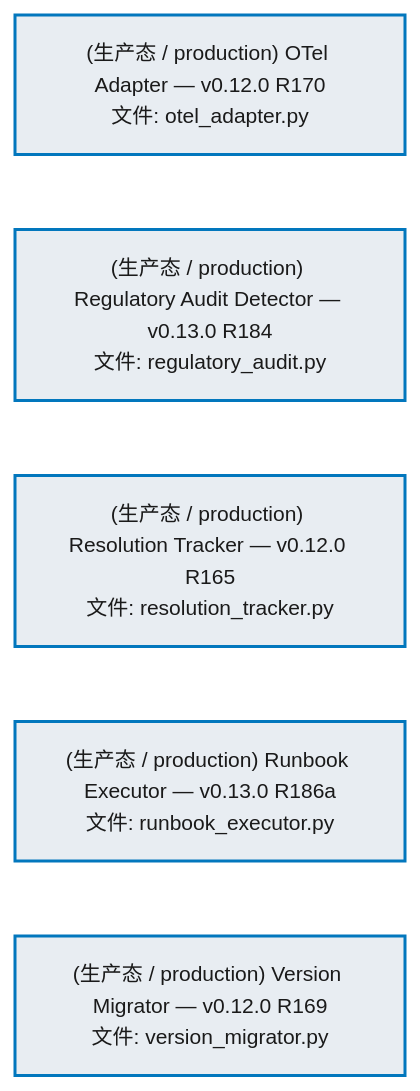
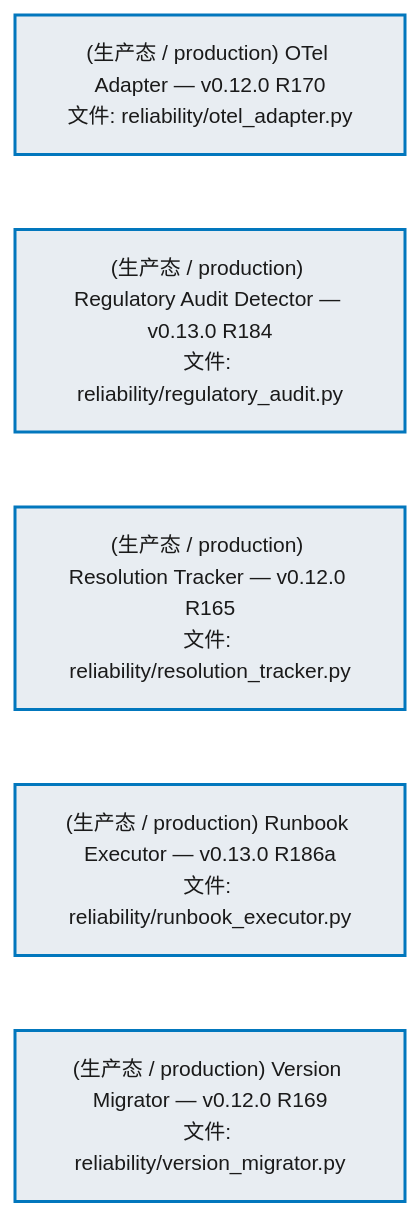
The third of 5 diagrams in docs/02_enterprise_architecture/02_domain_architecture_docs/15_d_fbl_detectors.md (xuanFelixVan/ZephyrAlpha), drawn with Mermaid before and after one commit. The commit also changed other lines of this file and 63 other files, not shown here.

````diff
--- a/docs/02_enterprise_architecture/02_domain_architecture_docs/15_d_fbl_detectors.md
+++ b/docs/02_enterprise_architecture/02_domain_architecture_docs/15_d_fbl_detectors.md
@@ -281,18 +281,18 @@
 ```mermaid
 %%{init: {'theme': 'base', 'themeVariables': {'primaryColor': '#eaeaea', 'primaryTextColor': '#333333', 'primaryBorderColor': '#666666', 'lineColor': '#666666', 'secondaryColor': '#eaeaea', 'tertiaryColor': '#eaeaea', 'fontSize': '14px'}}}%%
 flowchart TD
-    src_zephyr_feedback_loop_detectors_reliability_otel_adapter_py["(生产态 / production) OTel Adapter — v0.12.0 R170<br/>文件: otel_adapter.py"]
-    src_zephyr_feedback_loop_detectors_reliability_regulatory_audit_py["(生产态 / production) Regulatory Audit Detector — v0.13.0 R184<br/>文件: regulatory_audit.py"]
-    src_zephyr_feedback_loop_detectors_reliability_resolution_tracker_py["(生产态 / production) Resolution Tracker — v0.12.0 R165<br/>文件: resolution_tracker.py"]
-    src_zephyr_feedback_loop_detectors_reliability_runbook_executor_py["(生产态 / production) Runbook Executor — v0.13.0 R186a<br/>文件: runbook_executor.py"]
-    src_zephyr_feedback_loop_detectors_reliability_version_migrator_py["(生产态 / production) Version Migrator — v0.12.0 R169<br/>文件: version_migrator.py"]
+    src_zephyr_feedback_loop_detectors_reliability_otel_adapter_py["(生产态 / production) OTel Adapter — v0.12.0 R170<br/>文件: reliability/otel_adapter.py"]
+    src_zephyr_feedback_loop_detectors_reliability_regulatory_audit_py["(生产态 / production) Regulatory Audit Detector — v0.13.0 R184<br/>文件: reliability/regulatory_audit.py"]
+    src_zephyr_feedback_loop_detectors_reliability_resolution_tracker_py["(生产态 / production) Resolution Tracker — v0.12.0 R165<br/>文件: reliability/resolution_tracker.py"]
+    src_zephyr_feedback_loop_detectors_reliability_runbook_executor_py["(生产态 / production) Runbook Executor — v0.13.0 R186a<br/>文件: reliability/runbook_executor.py"]
+    src_zephyr_feedback_loop_detectors_reliability_version_migrator_py["(生产态 / production) Version Migrator — v0.12.0 R169<br/>文件: reliability/version_migrator.py"]
     src_zephyr_feedback_loop_detectors_reliability_otel_adapter_py ~~~ src_zephyr_feedback_loop_detectors_reliability_regulatory_audit_py
     src_zephyr_feedback_loop_detectors_reliability_regulatory_audit_py ~~~ src_zephyr_feedback_loop_detectors_reliability_resolution_tracker_py
     src_zephyr_feedback_loop_detectors_reliability_resolution_tracker_py ~~~ src_zephyr_feedback_loop_detectors_reliability_runbook_executor_py
     src_zephyr_feedback_loop_detectors_reliability_runbook_executor_py ~~~ src_zephyr_feedback_loop_detectors_reliability_version_migrator_py
     classDef production fill:#e8edf2,stroke:#0277bd,stroke-width:2px,color:#1a1a1a
     classDef design fill:#f0ebe3,stroke:#bf360c,stroke-width:2px,color:#1a1a1a,stroke-dasharray: 5 5
     classDef external_prod fill:#e8efe9,stroke:#1b5e20,stroke-width:1px,color:#1a1a1a
     classDef external_design fill:#efe5ea,stroke:#880e4f,stroke-width:1px,color:#1a1a1a,stroke-dasharray: 5 5
     class src_zephyr_feedback_loop_detectors_reliability_otel_adapter_py,src_zephyr_feedback_loop_detectors_reliability_regulatory_audit_py,src_zephyr_feedback_loop_detectors_reliability_resolution_tracker_py,src_zephyr_feedback_loop_detectors_reliability_runbook_executor_py,src_zephyr_feedback_loop_detectors_reliability_version_migrator_py production
 ```
````
